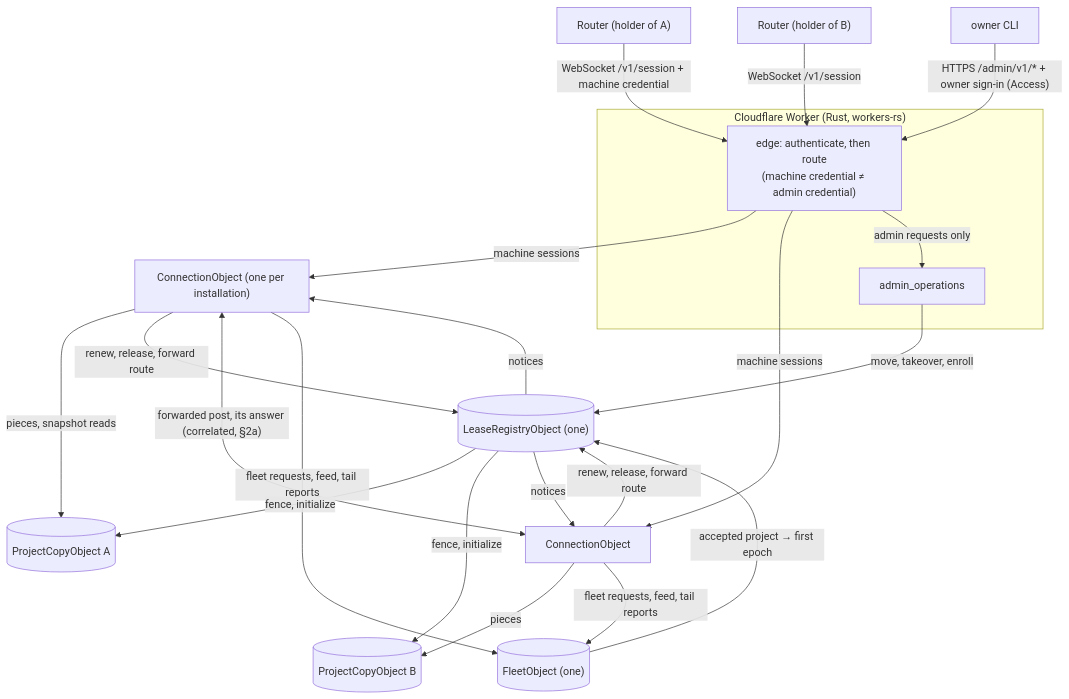
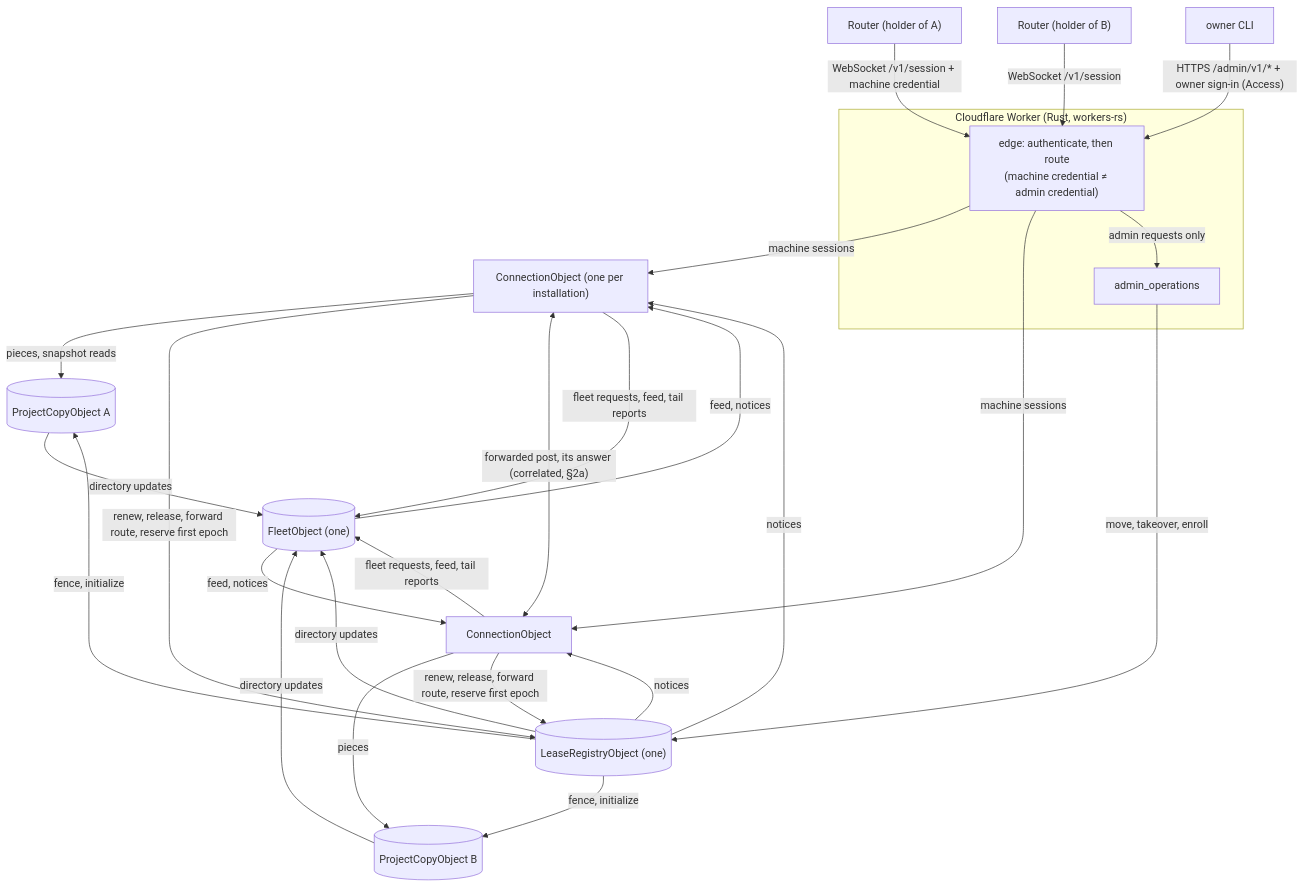
One commit to agent-collaboration/agent-collaboration changed the first of 4 diagrams in docs/specs/2026-10-04-board-orchestration-design/program-design-3-central-fleet.md. Above: the diagram before and after it, drawn with Mermaid. The commit also changed other lines of this file and 17 other files, not shown here.

````diff
--- a/docs/specs/2026-10-04-board-orchestration-design/program-design-3-central-fleet.md
+++ b/docs/specs/2026-10-04-board-orchestration-design/program-design-3-central-fleet.md
@@ -46,22 +66,23 @@
 ```mermaid
 flowchart TB
   R1["Router (holder of A)"] -- "WebSocket /v1/session + machine credential" --> EDGE
   R2["Router (holder of B)"] -- "WebSocket /v1/session" --> EDGE
   OWNER["owner CLI"] -- "HTTPS /admin/v1/* + owner sign-in (Access)" --> EDGE
   subgraph W["Cloudflare Worker (Rust, workers-rs)"]
     EDGE["edge: authenticate, then route\n(machine credential ≠ admin credential)"]
     ADMIN["admin_operations"]
   end
   EDGE -- "machine sessions" --> CO1["ConnectionObject (one per installation)"]
   EDGE -- "machine sessions" --> CO2["ConnectionObject"]
   EDGE -- "admin requests only" --> ADMIN
   CO1 -- "pieces, snapshot reads" --> PCA[("ProjectCopyObject A")]
   CO2 -- "pieces" --> PCB[("ProjectCopyObject B")]
-  CO1 & CO2 -- "renew, release, forward route" --> LR[("LeaseRegistryObject (one)")]
+  CO1 & CO2 -- "renew, release, forward route, reserve first epoch" --> LR[("LeaseRegistryObject (one)")]
   CO1 <-- "forwarded post, its answer (correlated, §2a)" --> CO2
   CO1 & CO2 -- "fleet requests, feed, tail reports" --> FO[("FleetObject (one)")]
   ADMIN -- "move, takeover, enroll" --> LR
   LR -- "fence, initialize" --> PCA & PCB
   LR -- "notices" --> CO1 & CO2
-  FO -- "accepted project → first epoch" --> LR
+  LR & PCA & PCB -- "directory updates" --> FO
+  FO -- "feed, notices" --> CO1 & CO2
 ```
````
